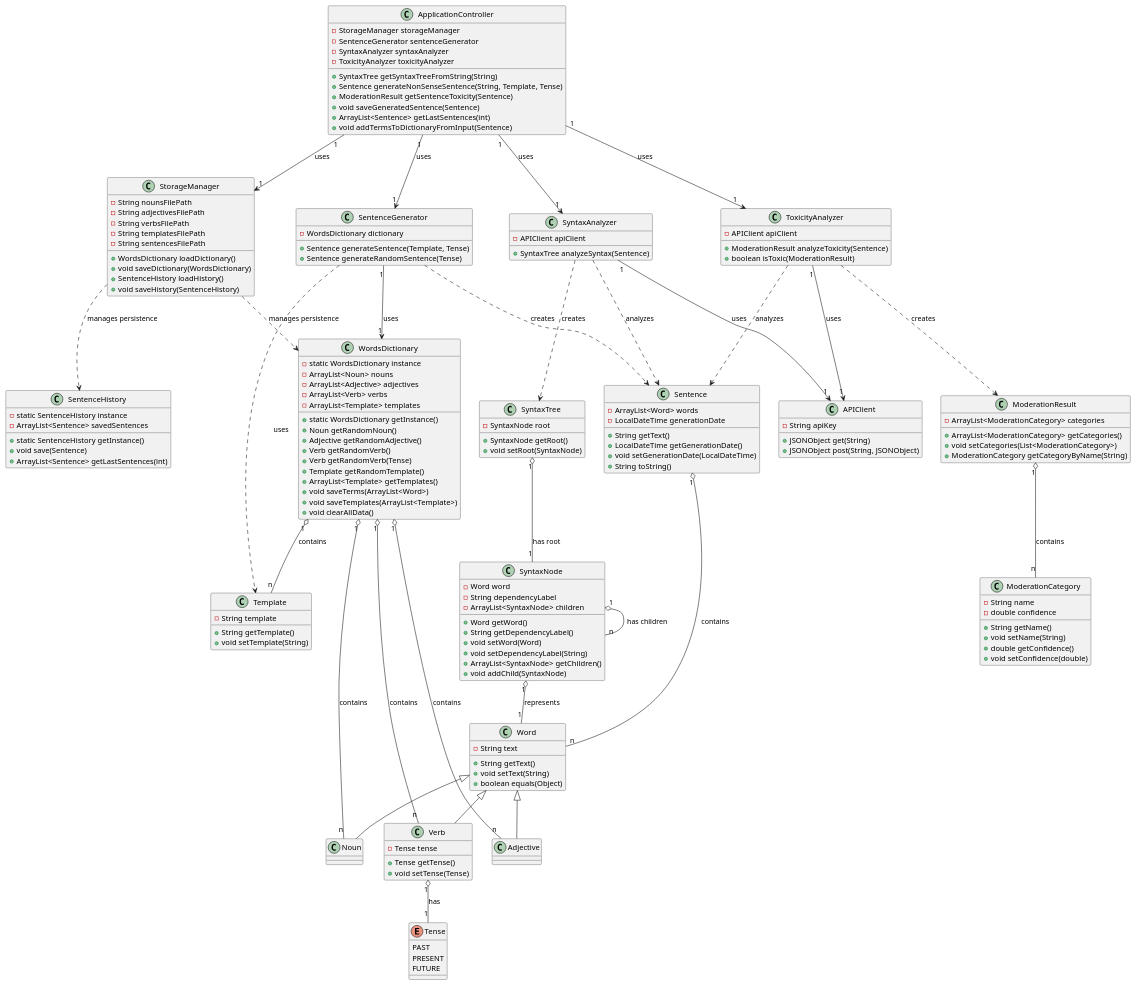
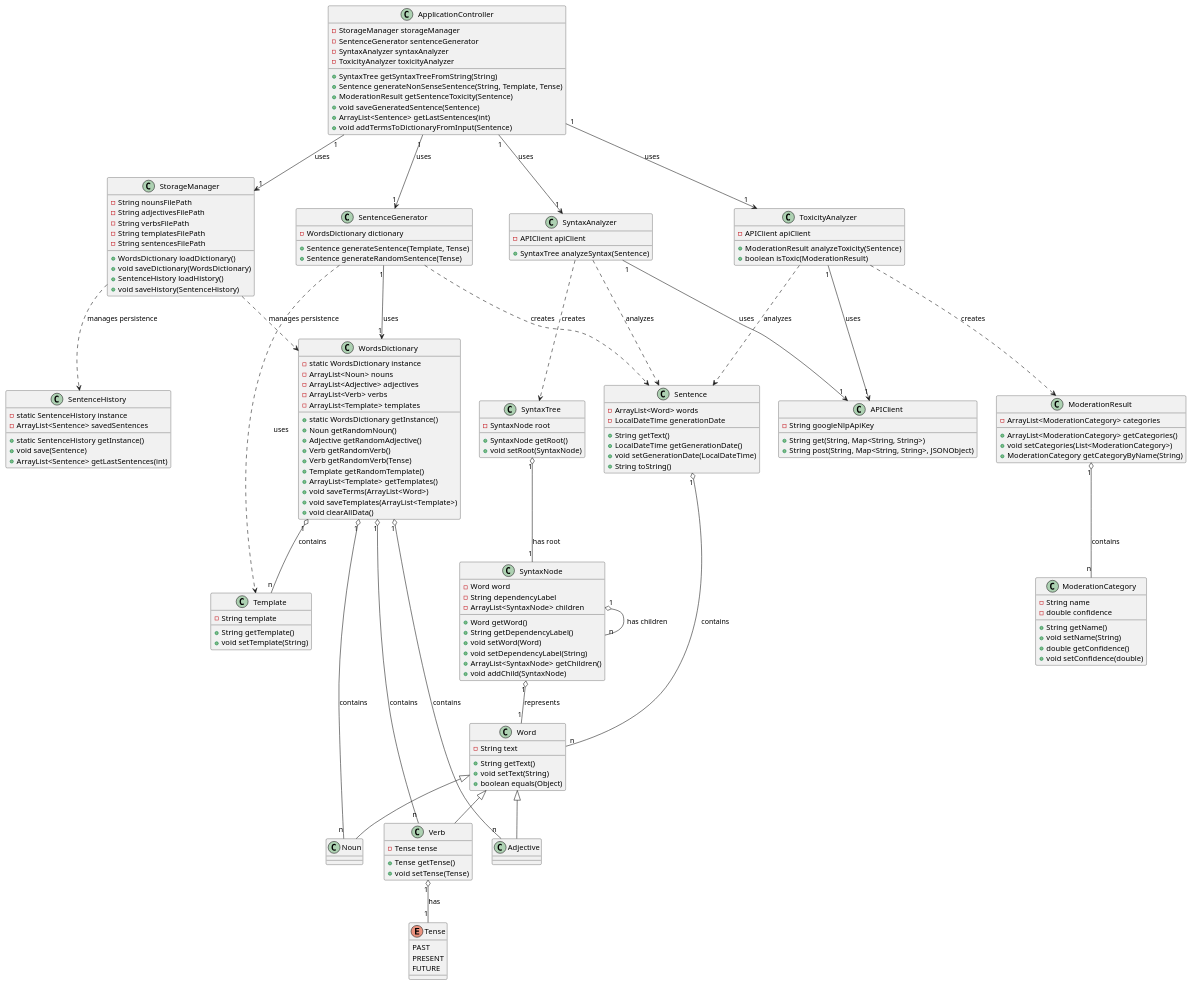
One commit to liamtoaldo/NonSenseGenerator changed the diagram in docs/diagrams/classmodel.plantuml. Above: the diagram before and after it, drawn with PlantUML.

Commit message:
EDIT - Aggiornato class model in base alle modifiche di Juri

```diff
--- a/docs/diagrams/classmodel.plantuml
+++ b/docs/diagrams/classmodel.plantuml
@@ -1,190 +1,190 @@
 @startuml
 
 class Sentence {
     -ArrayList<Word> words
     -LocalDateTime generationDate
     +String getText()
     +LocalDateTime getGenerationDate()
     +void setGenerationDate(LocalDateTime)
     +String toString()
 }
 
 enum Tense {
     PAST
     PRESENT
     FUTURE
 }
 
 class Word {
     -String text
     +String getText()
     +void setText(String)
     +boolean equals(Object)
 }
 
 class Noun extends Word {
 }
 
 class Adjective extends Word {
 }
 
 class Verb extends Word {
     -Tense tense
     +Tense getTense()
     +void setTense(Tense)
 }
 
 class Template {
     -String template
     +String getTemplate()
     +void setTemplate(String)
 }
 
 ' WordsDictionary usa Design Pattern: Singleton
 class WordsDictionary {
     -static WordsDictionary instance
     -ArrayList<Noun> nouns
     -ArrayList<Adjective> adjectives
     -ArrayList<Verb> verbs
     -ArrayList<Template> templates
     +static WordsDictionary getInstance()
     +Noun getRandomNoun()
     +Adjective getRandomAdjective()
     +Verb getRandomVerb()
     +Verb getRandomVerb(Tense)
     +Template getRandomTemplate()
     +ArrayList<Template> getTemplates()
     +void saveTerms(ArrayList<Word>)
     +void saveTemplates(ArrayList<Template>)
     +void clearAllData()
 }
 
 ' SentenceHistory usa Design Pattern: Singleton
 class SentenceHistory {
     -static SentenceHistory instance
     -ArrayList<Sentence> savedSentences
     +static SentenceHistory getInstance()
     +void save(Sentence)
     +ArrayList<Sentence> getLastSentences(int)
 }
 
 ' SentenceGenerator usa Design Pattern: Factory Method
 class SentenceGenerator {
     -WordsDictionary dictionary
     +Sentence generateSentence(Template, Tense)
     +Sentence generateRandomSentence(Tense)
 }
 
 ' StorageManager agisce come un Data Access Object (DAO) / Repository
 class StorageManager {
     -String nounsFilePath
     -String adjectivesFilePath
     -String verbsFilePath
     -String templatesFilePath
     -String sentencesFilePath
     +WordsDictionary loadDictionary()
     +void saveDictionary(WordsDictionary)
     +SentenceHistory loadHistory()
     +void saveHistory(SentenceHistory)
 }
 
 class APIClient {
-    -String apiKey
-    +JSONObject get(String)
-    +JSONObject post(String, JSONObject)
+    -String googleNlpApiKey
+    +String get(String, Map<String, String>)
+    +String post(String, Map<String, String>, JSONObject)
 }
 
 ' SyntaxTree e SyntaxNode formano un pattern Composite
 class SyntaxTree {
     -SyntaxNode root
     +SyntaxNode getRoot()
     +void setRoot(SyntaxNode)
 }
 
 class SyntaxNode {
     -Word word
     -String dependencyLabel
     -ArrayList<SyntaxNode> children
     +Word getWord()
     +String getDependencyLabel()
     +void setWord(Word)
     +void setDependencyLabel(String)
     +ArrayList<SyntaxNode> getChildren()
     +void addChild(SyntaxNode)
 }
 
 class SyntaxAnalyzer {
     -APIClient apiClient
     +SyntaxTree analyzeSyntax(Sentence)
 }
 
 class ModerationCategory {
     -String name
     -double confidence
     +String getName()
     +void setName(String)
     +double getConfidence()
     +void setConfidence(double)
 }
 
 class ModerationResult {
     -ArrayList<ModerationCategory> categories
     +ArrayList<ModerationCategory> getCategories()
     +void setCategories(List<ModerationCategory>)
     +ModerationCategory getCategoryByName(String)
 }
 
 class ToxicityAnalyzer {
     -APIClient apiClient
     +ModerationResult analyzeToxicity(Sentence)
     +boolean isToxic(ModerationResult)
 }
 
 ' ApplicationController implementa il pattern Controller e il pattern Facade
 class ApplicationController {
     -StorageManager storageManager
     -SentenceGenerator sentenceGenerator
     -SyntaxAnalyzer syntaxAnalyzer
     -ToxicityAnalyzer toxicityAnalyzer
     +SyntaxTree getSyntaxTreeFromString(String)
     +Sentence generateNonSenseSentence(String, Template, Tense)
     +ModerationResult getSentenceToxicity(Sentence)
     +void saveGeneratedSentence(Sentence)
     +ArrayList<Sentence> getLastSentences(int)
     +void addTermsToDictionaryFromInput(Sentence)
 }
 
 Sentence "1" o-- "n" Word : contains 
 Verb "1" o-- "1" Tense : has 
 WordsDictionary "1" o-- "n" Noun : contains 
 WordsDictionary "1" o-- "n" Adjective : contains 
 WordsDictionary "1" o-- "n" Verb : contains 
 
 WordsDictionary "1" o-- "n" Template : contains 
 SentenceGenerator "1" --> "1" WordsDictionary : uses 
 SentenceGenerator ..> Template : uses 
 SentenceGenerator ..> Sentence : creates 
 
 SyntaxAnalyzer "1" --> "1" APIClient : uses
 SyntaxAnalyzer ..> Sentence : analyzes
 SyntaxAnalyzer ..> SyntaxTree : creates
 
 ToxicityAnalyzer "1" --> "1" APIClient : uses
 ToxicityAnalyzer ..> Sentence : analyzes
 ToxicityAnalyzer ..> ModerationResult : creates
 
 StorageManager ..> WordsDictionary : manages persistence
 StorageManager ..> SentenceHistory : manages persistence
 
 ModerationResult "1" o-- "n" ModerationCategory : contains
 
 SyntaxTree "1" o-- "1" SyntaxNode : has root
 SyntaxNode "1" o-- "1" Word : represents
 SyntaxNode "1" o-- "n" SyntaxNode : has children
 
 ApplicationController "1" --> "1" StorageManager : uses
 ApplicationController "1" --> "1" SentenceGenerator : uses
 ApplicationController "1" --> "1" SyntaxAnalyzer : uses
 ApplicationController "1" --> "1" ToxicityAnalyzer : uses
 
 @enduml
```
